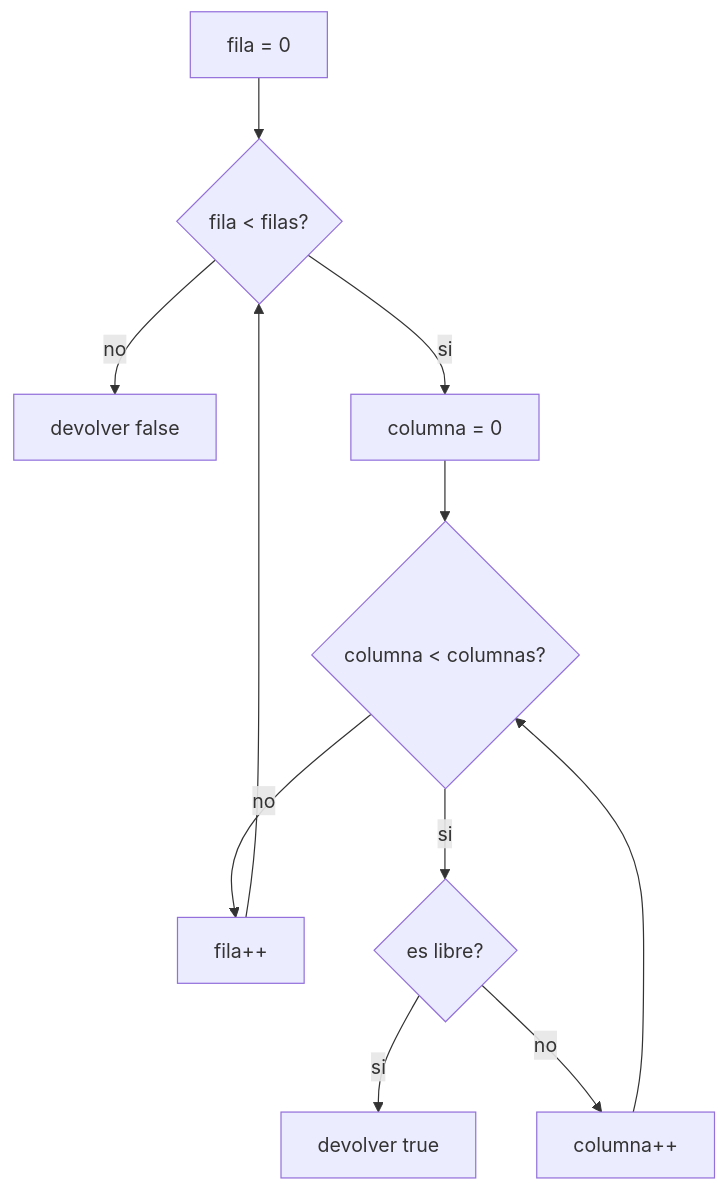
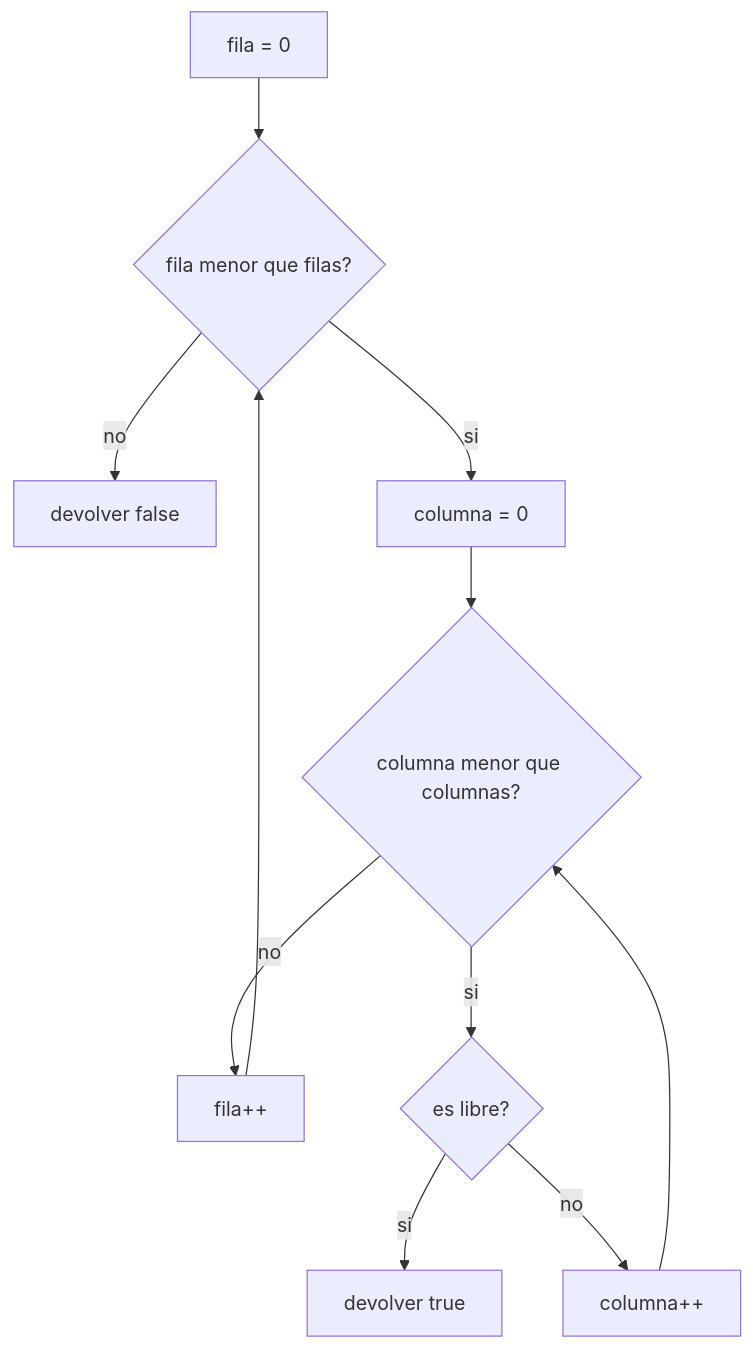
The diagram in GuiaParaConstruirProgramas/Practica1/06_recorrido_de_matrices/README.md (edpodev/IPC1-2S-2026), drawn with Mermaid before and after one commit. The commit also changed 16 other files, not shown here.

````diff
--- a/GuiaParaConstruirProgramas/Practica1/06_recorrido_de_matrices/README.md
+++ b/GuiaParaConstruirProgramas/Practica1/06_recorrido_de_matrices/README.md
@@ -23,13 +23,13 @@
 ```mermaid
 flowchart TD
-    A[fila = 0] --> B{fila < filas?}
-    B -- no --> N[devolver false]
-    B -- si --> C[columna = 0]
-    C --> D{columna < columnas?}
-    D -- no --> E[fila++]
+    A["fila = 0"] --> B{"fila menor que filas?"}
+    B -- no --> N["devolver false"]
+    B -- si --> C["columna = 0"]
+    C --> D{"columna menor que columnas?"}
+    D -- no --> E["fila++"]
     E --> B
-    D -- si --> F{es libre?}
-    F -- si --> T[devolver true]
-    F -- no --> G[columna++]
+    D -- si --> F{"es libre?"}
+    F -- si --> T["devolver true"]
+    F -- no --> G["columna++"]
     G --> D
 ```
````
